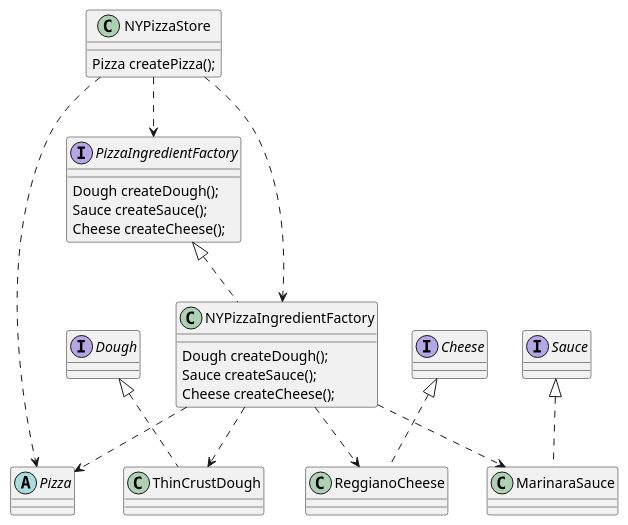
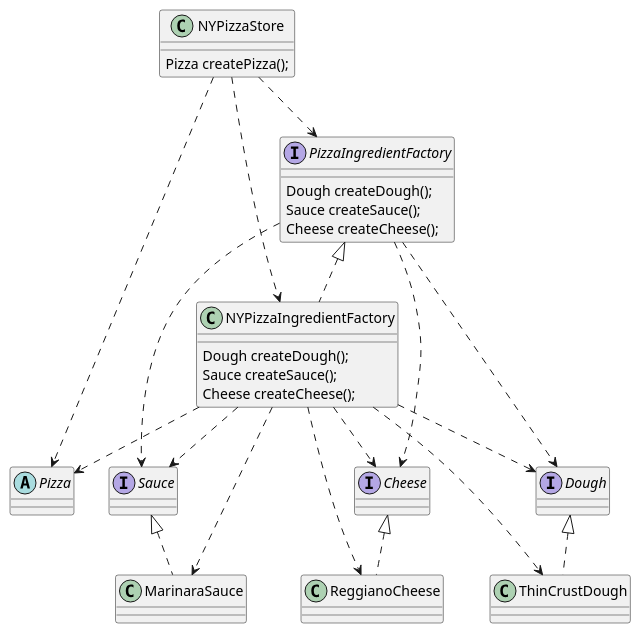
One commit to azdanov/design-patterns changed the diagram in UML/factory-abstract.puml. Above: the diagram before and after it, drawn with PlantUML. The commit also changed 1 other file, not shown here.

Commit message:
chore: update abstract factory image

```diff
--- a/UML/factory-abstract.puml
+++ b/UML/factory-abstract.puml
@@ -1,49 +1,57 @@
 @startuml Factory Abstract
 
 abstract class Pizza {
 }
 
 NYPizzaStore ..> PizzaIngredientFactory
 NYPizzaStore ..> NYPizzaIngredientFactory
 NYPizzaStore ..> Pizza
 NYPizzaIngredientFactory ..> ThinCrustDough
 NYPizzaIngredientFactory ..> ReggianoCheese
 NYPizzaIngredientFactory ..> MarinaraSauce
 NYPizzaIngredientFactory ..> Pizza
 
 class NYPizzaStore {
   {method} Pizza createPizza();
 }
 
 interface PizzaIngredientFactory {
   Dough createDough();
   Sauce createSauce();
   Cheese createCheese();
 }
 
 class NYPizzaIngredientFactory implements PizzaIngredientFactory {
   Dough createDough();
   Sauce createSauce();
   Cheese createCheese();
 }
 
+NYPizzaIngredientFactory ..> Dough
+NYPizzaIngredientFactory ..> Cheese
+NYPizzaIngredientFactory ..> Sauce
+
+PizzaIngredientFactory ..> Dough
+PizzaIngredientFactory ..> Cheese
+PizzaIngredientFactory ..> Sauce
+
 interface Dough {
 }
 
 class ThinCrustDough implements Dough {
 }
 
 interface Cheese {
 }
 
 class ReggianoCheese implements Cheese {
 }
 
 interface Sauce {
 }
 
 class MarinaraSauce implements Sauce {
 }
 
 
 @enduml
```
